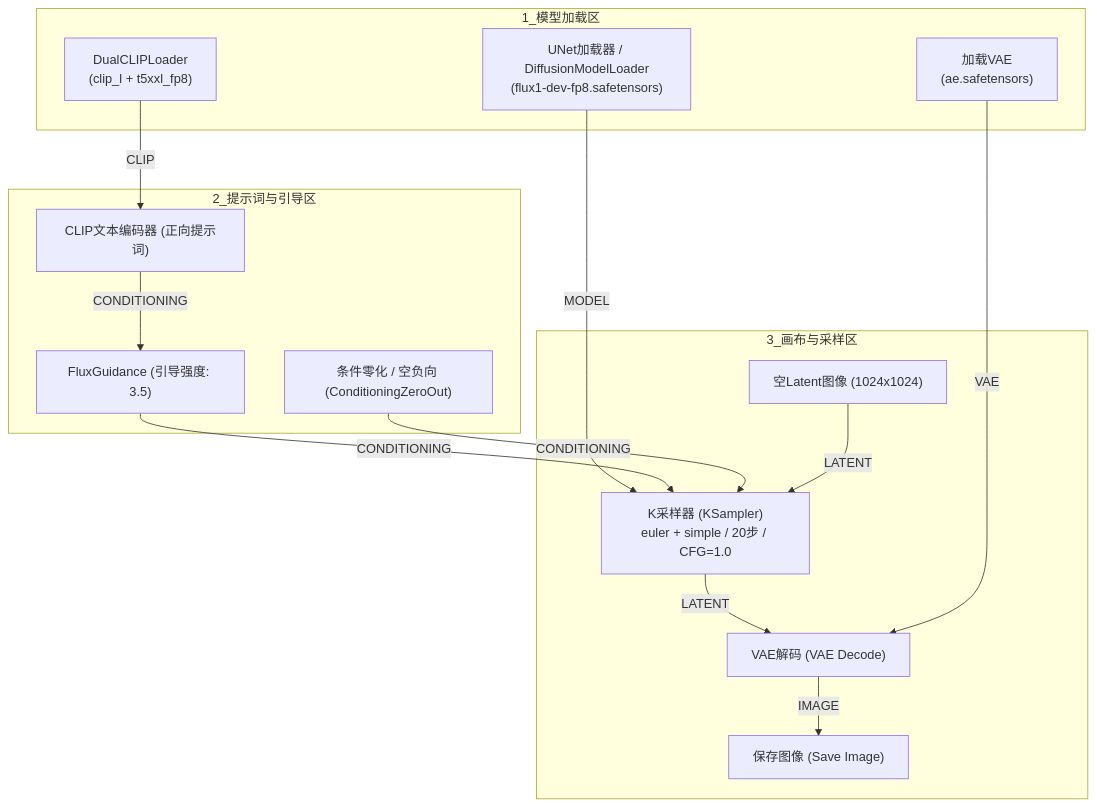
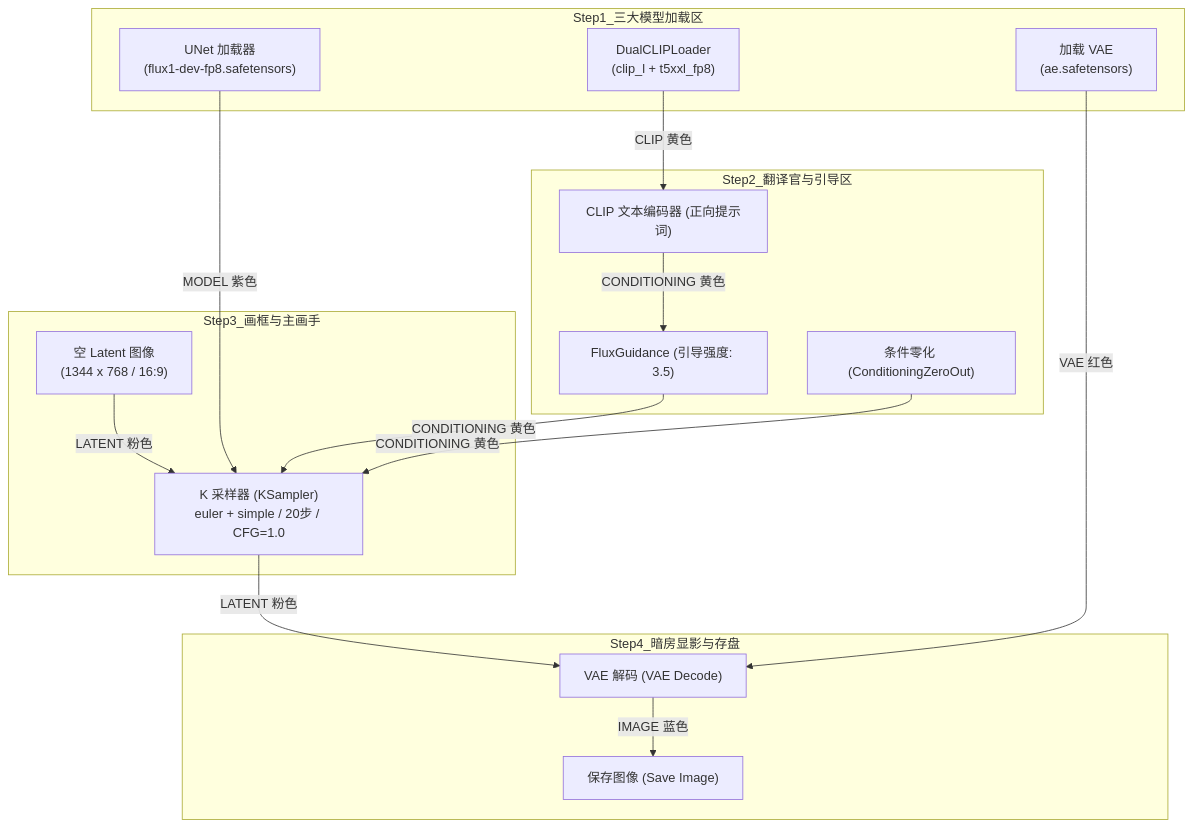
Before and after one commit to simingzeng/comfyui-video-course: the second of 3 diagrams in docs/01-basics/02-flux-prompting.md, drawn with Mermaid. The commit also changed other lines of this file, not shown here.

Commit message:
docs: 升级阶段1 FLUX.2 教程为对齐00篇同等颗粒度的真机保姆级实战教程

````diff
--- a/docs/01-basics/02-flux-prompting.md
+++ b/docs/01-basics/02-flux-prompting.md
@@ -55,31 +98,34 @@
 ```mermaid
 graph TD
-    subgraph 1_模型加载区
-        A1["UNet加载器 / DiffusionModelLoader<br>(flux1-dev-fp8.safetensors)"]
-        A2["DualCLIPLoader<br>(clip_l + t5xxl_fp8)"]
-        A3["加载VAE<br>(ae.safetensors)"]
+    subgraph Step1_三大模型加载区
+        M1["UNet 加载器<br>(flux1-dev-fp8.safetensors)"]
+        M2["DualCLIPLoader<br>(clip_l + t5xxl_fp8)"]
+        M3["加载 VAE<br>(ae.safetensors)"]
     end
 
-    subgraph 2_提示词与引导区
-        B1["CLIP文本编码器 (正向提示词)"]
-        B2["FluxGuidance (引导强度: 3.5)"]
-        B3["条件零化 / 空负向 (ConditioningZeroOut)"]
+    subgraph Step2_翻译官与引导区
+        P1["CLIP 文本编码器 (正向提示词)"]
+        G1["FluxGuidance (引导强度: 3.5)"]
+        P2["条件零化 (ConditioningZeroOut)"]
     end
 
-    subgraph 3_画布与采样区
-        C1["空Latent图像 (1024x1024)"]
-        C2["K采样器 (KSampler)<br>euler + simple / 20步 / CFG=1.0"]
-        C3["VAE解码 (VAE Decode)"]
-        C4["保存图像 (Save Image)"]
+    subgraph Step3_画框与主画手
+        L1["空 Latent 图像<br>(1344 x 768 / 16:9)"]
+        K1["K 采样器 (KSampler)<br>euler + simple / 20步 / CFG=1.0"]
     end
 
-    A1 -->|MODEL| C2
-    A2 -->|CLIP| B1
-    B1 -->|CONDITIONING| B2
-    B2 -->|CONDITIONING| C2
-    B3 -->|CONDITIONING| C2
-    C1 -->|LATENT| C2
-    C2 -->|LATENT| C3
-    A3 -->|VAE| C3
-    C3 -->|IMAGE| C4
+    subgraph Step4_暗房显影与存盘
+        V1["VAE 解码 (VAE Decode)"]
+        S1["保存图像 (Save Image)"]
+    end
+
+    M1 -->|MODEL 紫色| K1
+    M2 -->|CLIP 黄色| P1
+    P1 -->|CONDITIONING 黄色| G1
+    G1 -->|CONDITIONING 黄色| K1
+    P2 -->|CONDITIONING 黄色| K1
+    L1 -->|LATENT 粉色| K1
+    K1 -->|LATENT 粉色| V1
+    M3 -->|VAE 红色| V1
+    V1 -->|IMAGE 蓝色| S1
 ```
````
